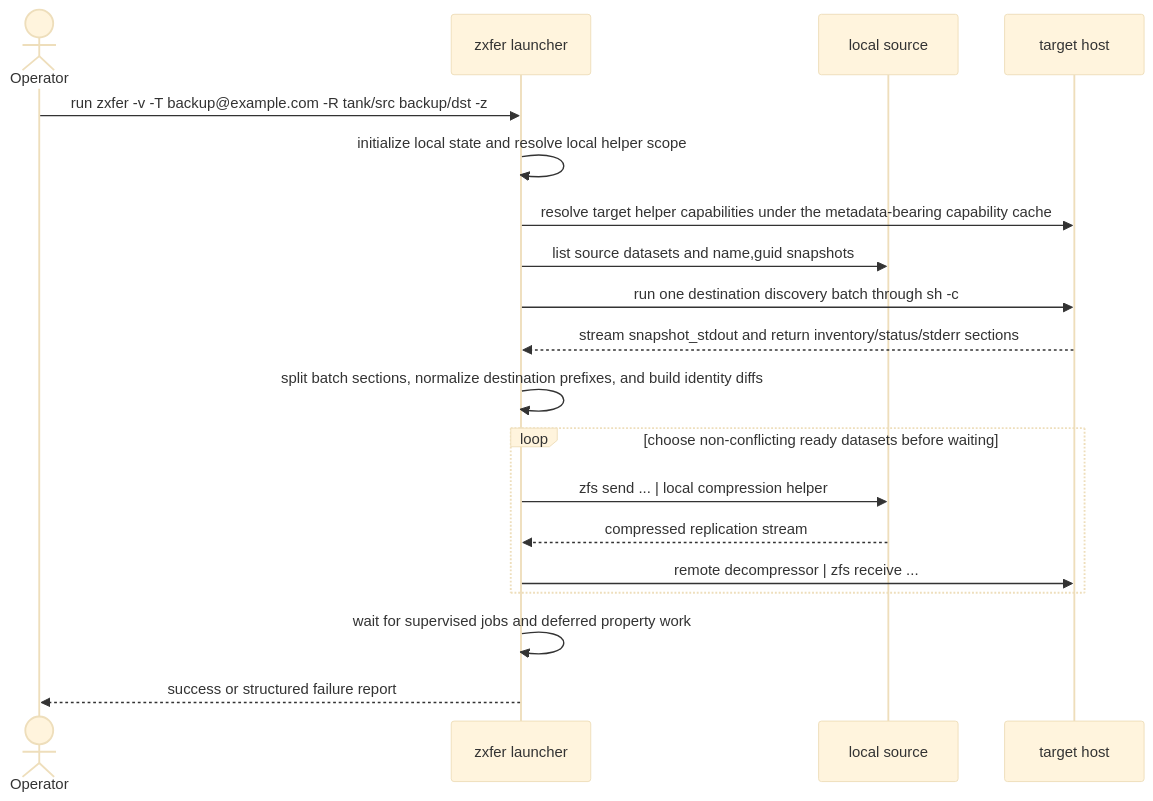
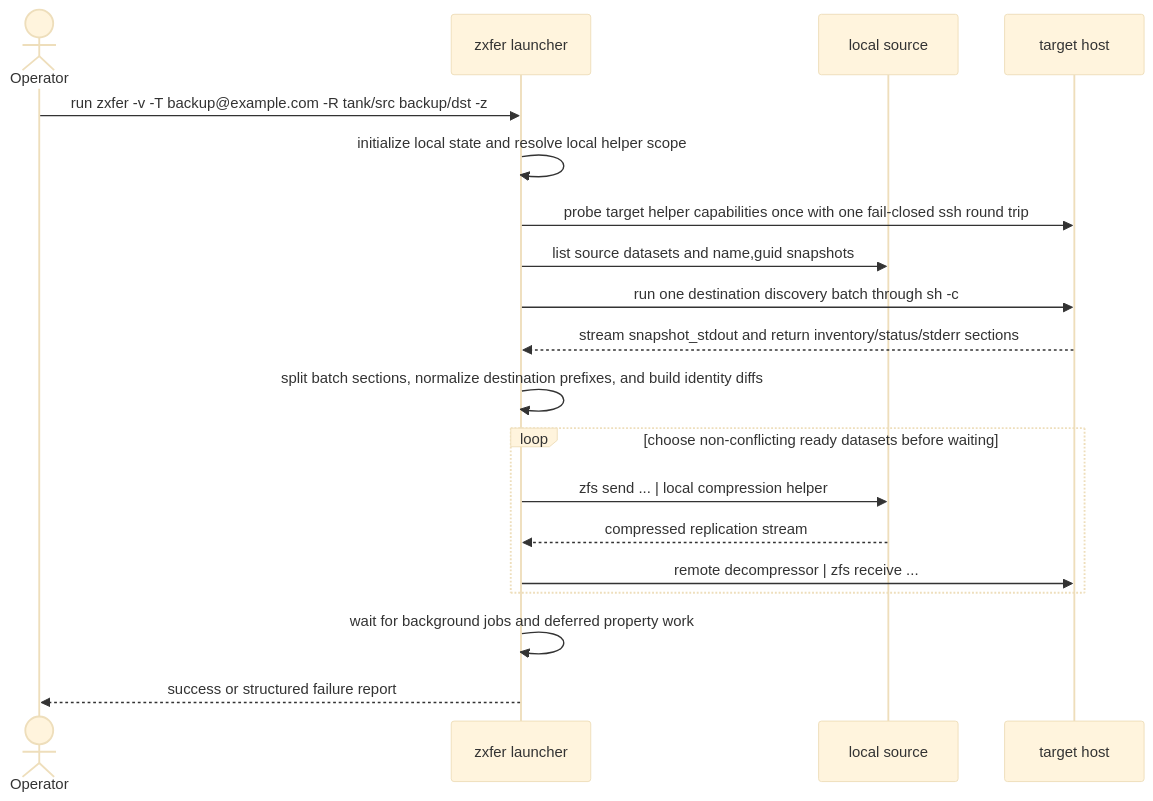
The sixth of 8 diagrams in docs/architecture.md (totalAldo/zxfer), drawn with Mermaid (base theme) before and after one commit. The commit also changed other lines of this file and 24 other files, not shown here.

````diff
--- a/docs/architecture.md
+++ b/docs/architecture.md
@@ -417,22 +418,22 @@
 ```mermaid
 sequenceDiagram
     actor Operator
     participant Launcher as zxfer launcher
     participant Local as local source
     participant Target as target host
 
     Operator->>Launcher: run zxfer -v -T backup@example.com -R tank/src backup/dst -z
     Launcher->>Launcher: initialize local state and resolve local helper scope
-    Launcher->>Target: resolve target helper capabilities under the metadata-bearing capability cache
+    Launcher->>Target: probe target helper capabilities once with one fail-closed ssh round trip
     Launcher->>Local: list source datasets and name,guid snapshots
     Launcher->>Target: run one destination discovery batch through sh -c
     Target-->>Launcher: stream snapshot_stdout and return inventory/status/stderr sections
     Launcher->>Launcher: split batch sections, normalize destination prefixes, and build identity diffs
     loop choose non-conflicting ready datasets before waiting
         Launcher->>Local: zfs send ... | local compression helper
         Local-->>Launcher: compressed replication stream
         Launcher->>Target: remote decompressor | zfs receive ...
     end
-    Launcher->>Launcher: wait for supervised jobs and deferred property work
+    Launcher->>Launcher: wait for background jobs and deferred property work
     Launcher-->>Operator: success or structured failure report
 ```
````
